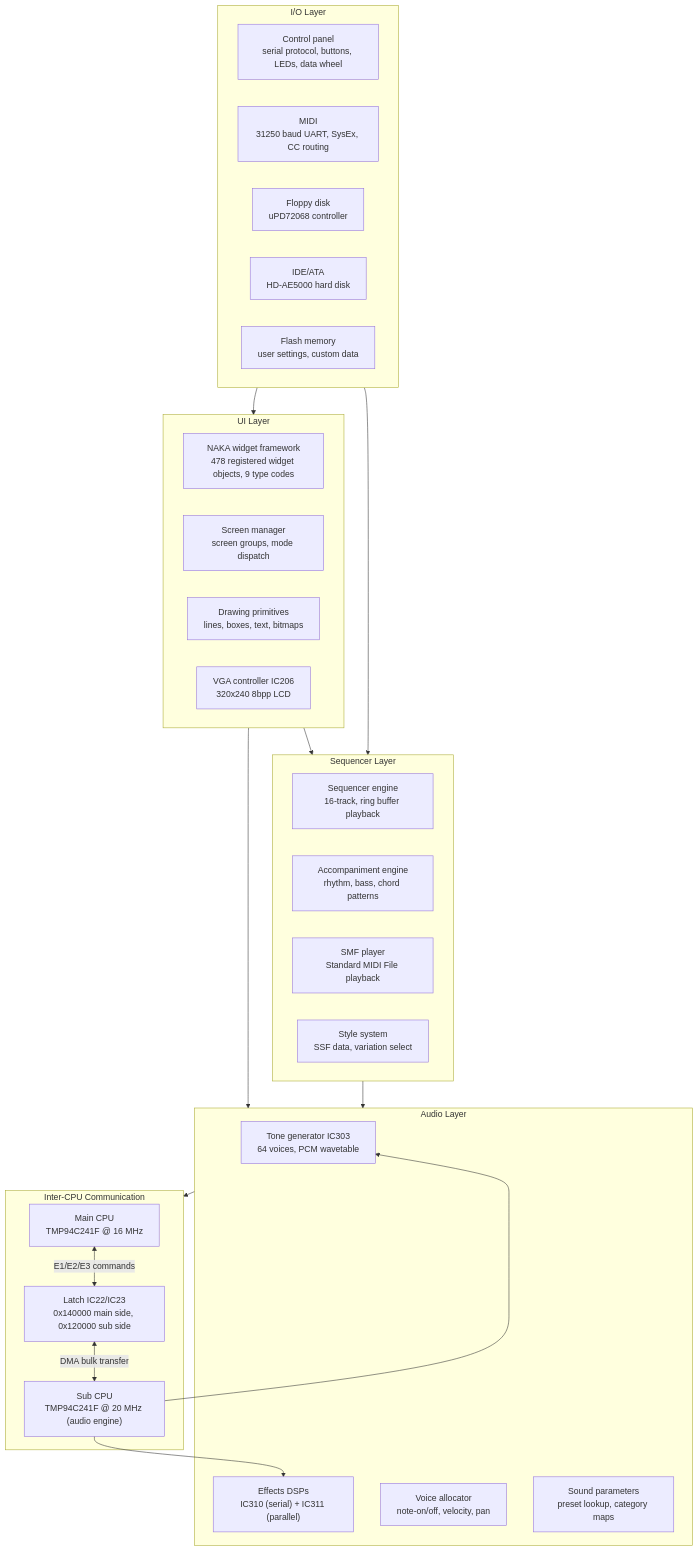
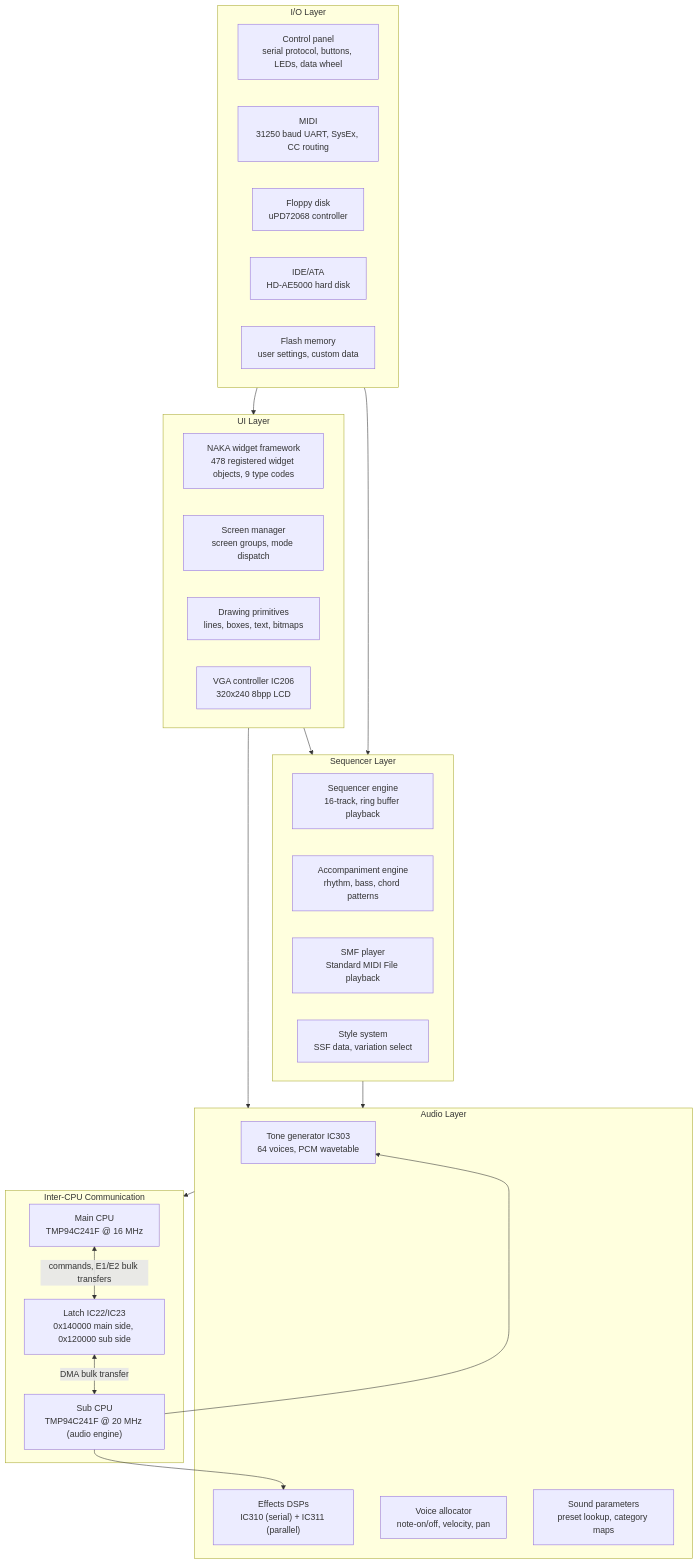
The fifth of 7 diagrams in firmware-flowchart.md (ArqueologiaDigital/technics-docs), drawn with Mermaid before and after one commit. The commit also changed other lines of this file and 4 other files, not shown here.

```diff
--- a/firmware-flowchart.md
+++ b/firmware-flowchart.md
@@ -174,48 +174,48 @@
 <pre class="mermaid">
 flowchart TD
     subgraph UI_LAYER ["UI Layer"]
         NAKA["NAKA widget framework<br/>478 registered widget objects, 9 type codes"]
         SCREEN["Screen manager<br/>screen groups, mode dispatch"]
         DRAW["Drawing primitives<br/>lines, boxes, text, bitmaps"]
         VGA["VGA controller IC206<br/>320x240 8bpp LCD"]
     end
 
     subgraph AUDIO_LAYER ["Audio Layer"]
         TONEGEN["Tone generator IC303<br/>64 voices, PCM wavetable"]
         DSP["Effects DSPs<br/>IC310 (serial) + IC311 (parallel)"]
         VOICE["Voice allocator<br/>note-on/off, velocity, pan"]
         SNDPARAM["Sound parameters<br/>preset lookup, category maps"]
     end
 
     subgraph SEQ_LAYER ["Sequencer Layer"]
         SEQ["Sequencer engine<br/>16-track, ring buffer playback"]
         ACCOMP["Accompaniment engine<br/>rhythm, bass, chord patterns"]
         SMF["SMF player<br/>Standard MIDI File playback"]
         STYLE["Style system<br/>SSF data, variation select"]
     end
 
     subgraph IO_LAYER ["I/O Layer"]
         CPANEL["Control panel<br/>serial protocol, buttons, LEDs, data wheel"]
         MIDI["MIDI<br/>31250 baud UART, SysEx, CC routing"]
         FDC["Floppy disk<br/>uPD72068 controller"]
         IDE["IDE/ATA<br/>HD-AE5000 hard disk"]
         FLASH["Flash memory<br/>user settings, custom data"]
     end
 
     subgraph CPU_LAYER ["Inter-CPU Communication"]
         MAIN["Main CPU<br/>TMP94C241F @ 16 MHz"]
         SUB["Sub CPU<br/>TMP94C241F @ 20 MHz (audio engine)"]
         LATCH["Latch IC22/IC23<br/>0x140000 main side, 0x120000 sub side"]
     end
 
     UI_LAYER --> AUDIO_LAYER
     UI_LAYER --> SEQ_LAYER
     SEQ_LAYER --> AUDIO_LAYER
     AUDIO_LAYER --> CPU_LAYER
     IO_LAYER --> UI_LAYER
     IO_LAYER --> SEQ_LAYER
-    MAIN <-->|"E1/E2/E3 commands"| LATCH
+    MAIN <-->|"commands, E1/E2 bulk transfers"| LATCH
     LATCH <-->|"DMA bulk transfer"| SUB
     SUB --> TONEGEN
     SUB --> DSP
 </pre>
```
